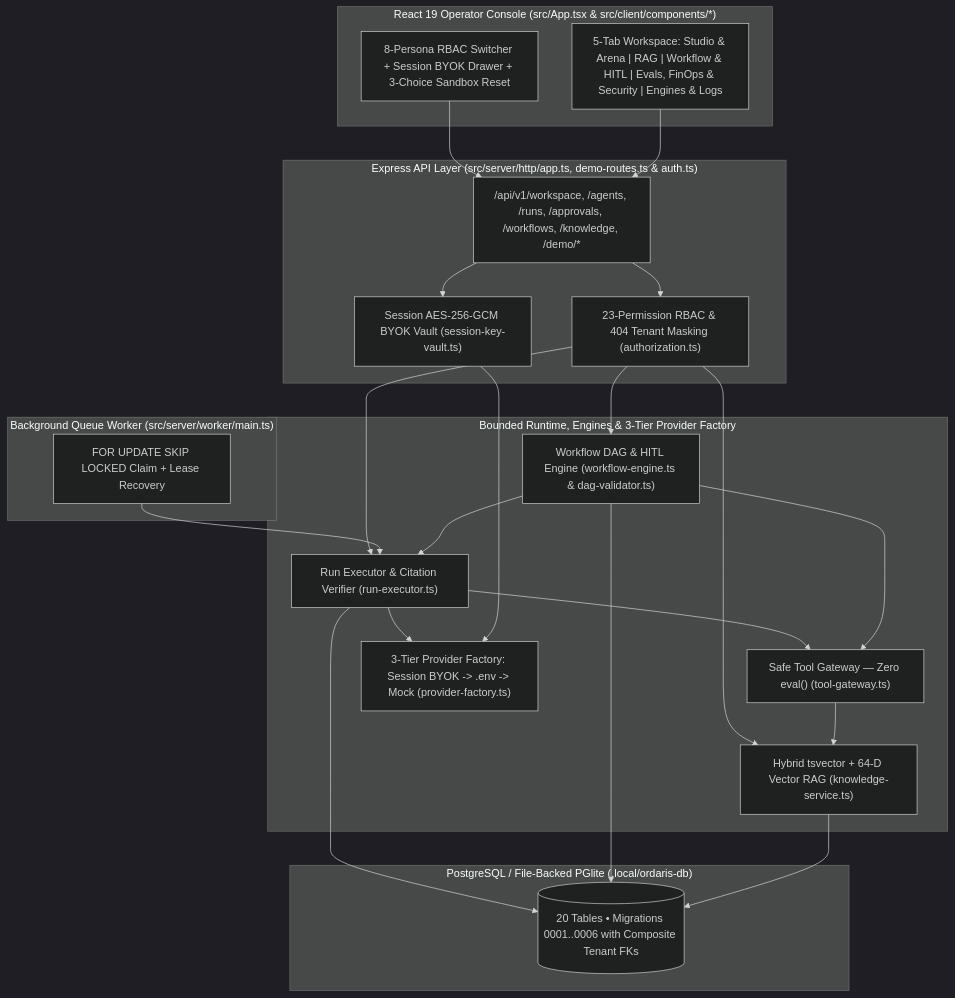
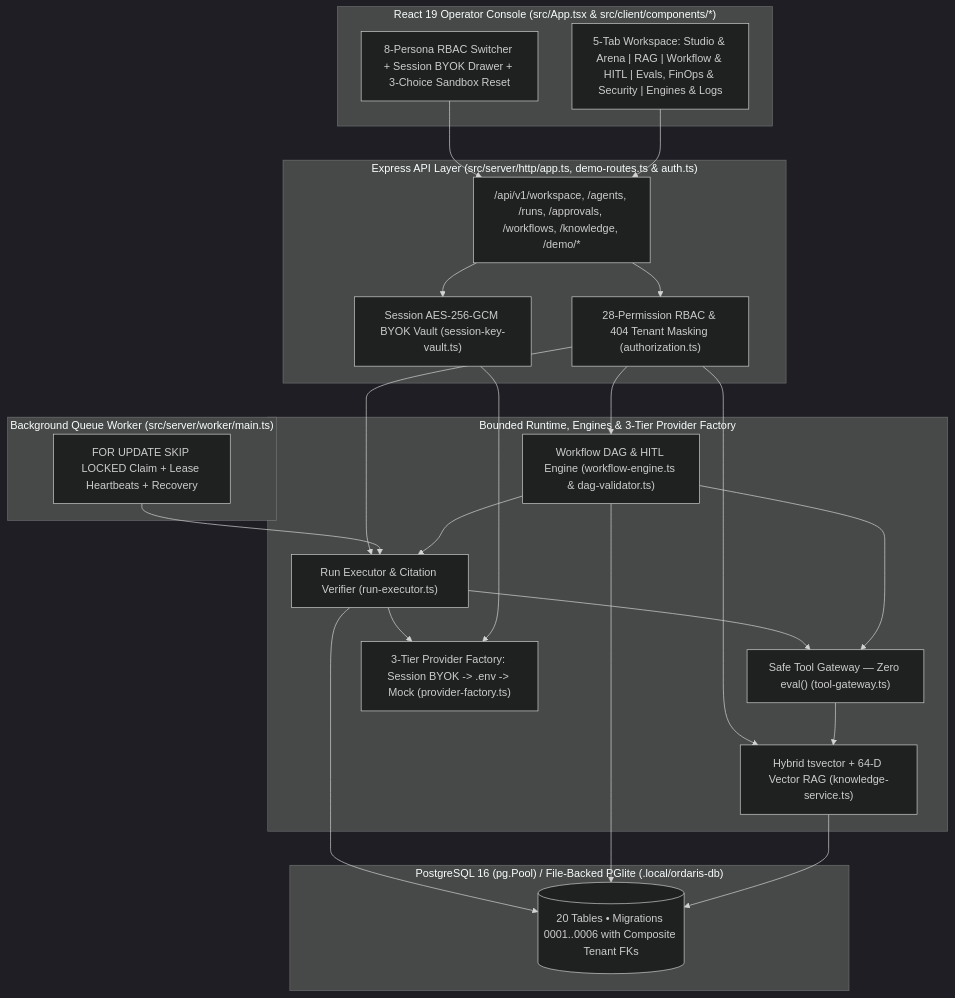
Before and after one commit to KratX/multi-ai-agent-orchestration: the first of 2 diagrams in docs/architecture.md, drawn with Mermaid (dark theme). The commit also changed other lines of this file and 24 other files, not shown here.

````diff
--- a/docs/architecture.md
+++ b/docs/architecture.md
@@ -27,39 +27,39 @@
 ```mermaid
 flowchart TB
   subgraph Client["React 19 Operator Console (src/App.tsx & src/client/components/*)"]
     HEADER["8-Persona RBAC Switcher + Session BYOK Drawer + 3-Choice Sandbox Reset"]
     TABS["5-Tab Workspace: Studio & Arena | RAG | Workflow & HITL | Evals, FinOps & Security | Engines & Logs"]
   end
 
   subgraph API["Express API Layer (src/server/http/app.ts, demo-routes.ts & auth.ts)"]
     ROUTES["/api/v1/workspace, /agents, /runs, /approvals, /workflows, /knowledge, /demo/*"]
-    AUTHZ["23-Permission RBAC & 404 Tenant Masking (authorization.ts)"]
+    AUTHZ["28-Permission RBAC & 404 Tenant Masking (authorization.ts)"]
     VAULT["Session AES-256-GCM BYOK Vault (session-key-vault.ts)"]
   end
 
   subgraph Worker["Background Queue Worker (src/server/worker/main.ts)"]
-    CLAIM["FOR UPDATE SKIP LOCKED Claim + Lease Recovery"]
+    CLAIM["FOR UPDATE SKIP LOCKED Claim + Lease Heartbeats + Recovery"]
   end
 
   subgraph Domain["Bounded Runtime, Engines & 3-Tier Provider Factory"]
     EXEC["Run Executor & Citation Verifier (run-executor.ts)"]
     DAG["Workflow DAG & HITL Engine (workflow-engine.ts & dag-validator.ts)"]
     TOOLS["Safe Tool Gateway — Zero eval() (tool-gateway.ts)"]
     RAG["Hybrid tsvector + 64-D Vector RAG (knowledge-service.ts)"]
     FACTORY["3-Tier Provider Factory: Session BYOK -> .env -> Mock (provider-factory.ts)"]
   end
 
-  subgraph Persistence["PostgreSQL / File-Backed PGlite (.local/ordaris-db)"]
+  subgraph Persistence["PostgreSQL 16 (pg.Pool) / File-Backed PGlite (.local/ordaris-db)"]
     PG[("20 Tables • Migrations 0001..0006 with Composite Tenant FKs")]
   end
 
   HEADER & TABS --> ROUTES
   ROUTES --> AUTHZ & VAULT
   AUTHZ --> EXEC & DAG & RAG
   CLAIM --> EXEC
   EXEC --> TOOLS & FACTORY & PG
   VAULT --> FACTORY
   DAG --> EXEC & TOOLS & PG
   TOOLS --> RAG
   RAG --> PG
 ```
````
